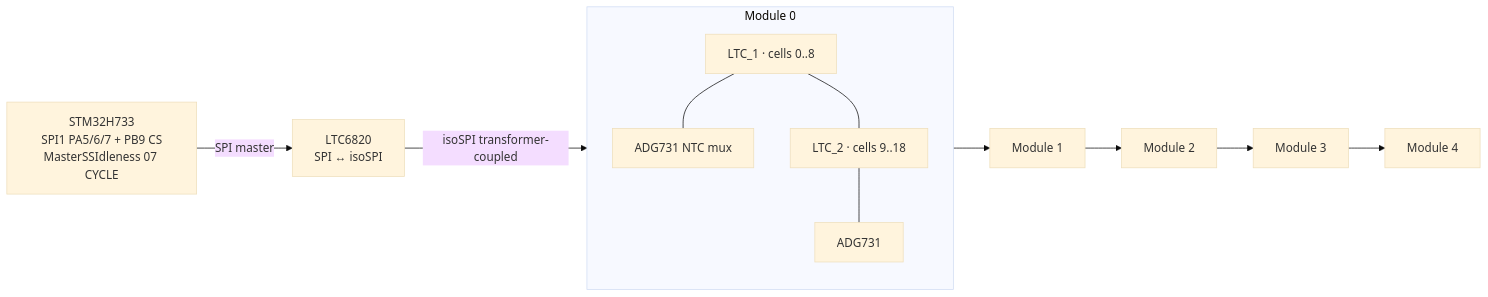
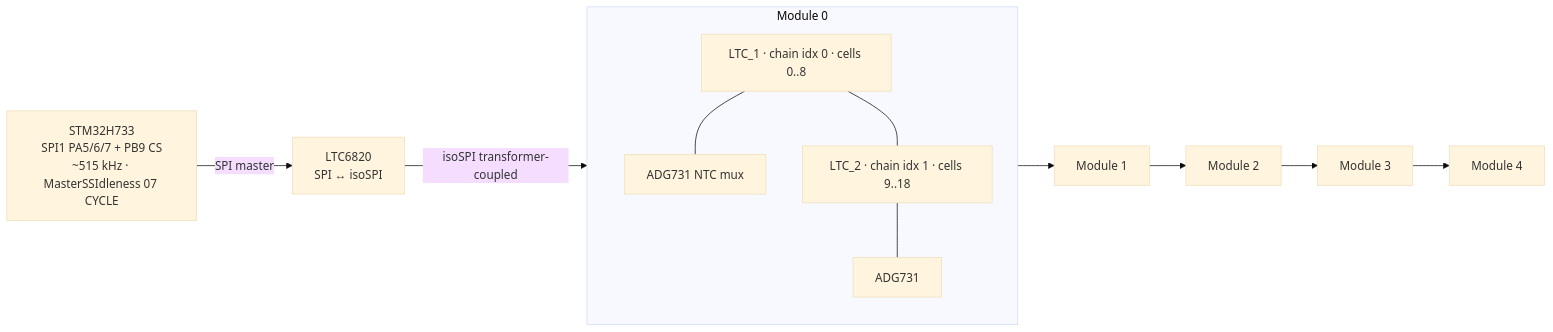
One commit to isc-fs/IFS08-CE-AMS changed the fourth of 4 diagrams in docs/DEEP_DIVE.md. Above: the diagram before and after it, drawn with Mermaid (base theme). The commit also changed other lines of this file and 13 other files, not shown here.

````diff
--- a/docs/DEEP_DIVE.md
+++ b/docs/DEEP_DIVE.md
@@ -381,15 +700,15 @@
 ```mermaid
 flowchart LR
-  MCU[STM32H733<br/>SPI1 PA5/6/7 + PB9 CS<br/>MasterSSIdleness 07 CYCLE] -- "SPI master" --> Bridge[LTC6820<br/>SPI ↔ isoSPI]
+  MCU[STM32H733<br/>SPI1 PA5/6/7 + PB9 CS<br/>~515 kHz · MasterSSIdleness 07 CYCLE] -- "SPI master" --> Bridge[LTC6820<br/>SPI ↔ isoSPI]
   Bridge -- "isoSPI transformer-coupled" --> M0
   subgraph M0[Module 0]
-    L0a[LTC_1 · cells 0..8]
+    L0a[LTC_1 · chain idx 0 · cells 0..8]
     M0a[ADG731 NTC mux]
     L0a --- M0a
-    L0b[LTC_2 · cells 9..18]
+    L0b[LTC_2 · chain idx 1 · cells 9..18]
     M0b[ADG731]
     L0b --- M0b
     L0a --- L0b
   end
   M0 --> M1[Module 1] --> M2[Module 2] --> M3[Module 3] --> M4[Module 4]
 ```
````
